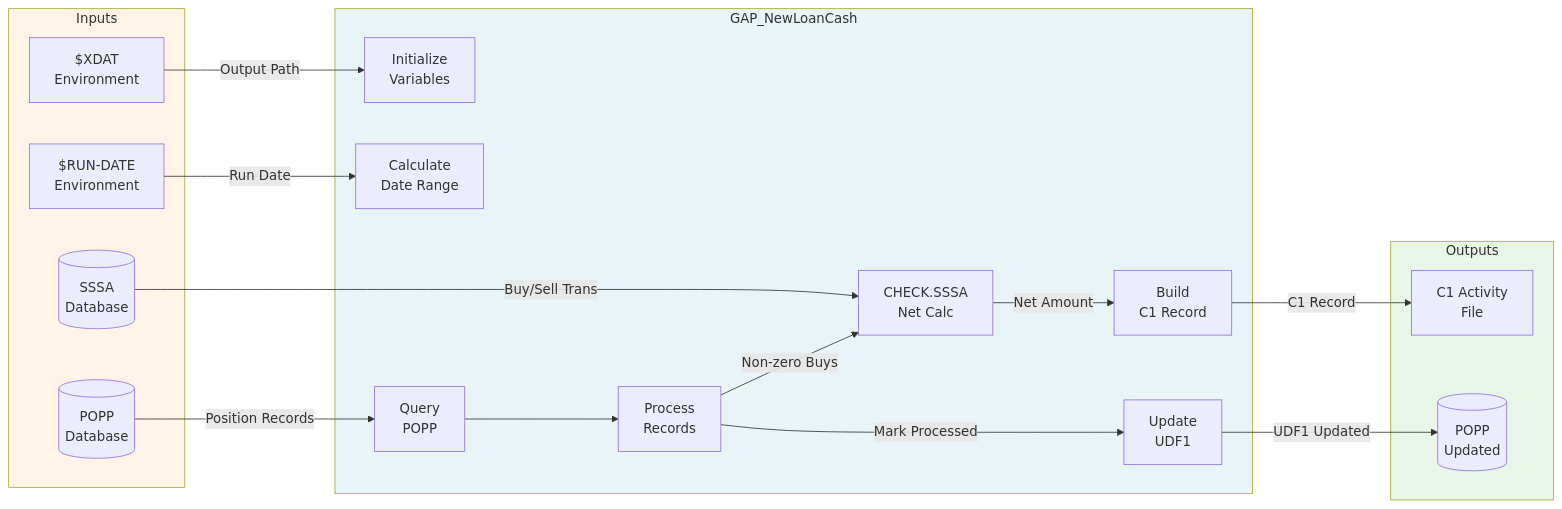
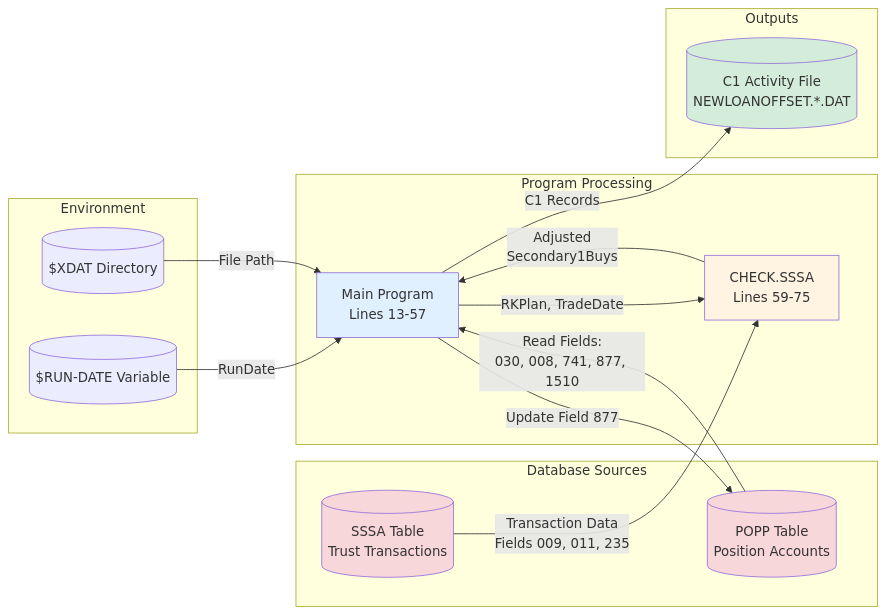
The third of 12 diagrams in omniscript-documentation/santized/GAP_NewLoanCash/GAP_NewLoanCash_DIAGRAMS.md (danismith-slalom1/bokf-poc), drawn with Mermaid before and after one commit. The commit also changed other lines of this file and 12 other files, not shown here.

````diff
--- a/omniscript-documentation/santized/GAP_NewLoanCash/GAP_NewLoanCash_DIAGRAMS.md
+++ b/omniscript-documentation/santized/GAP_NewLoanCash/GAP_NewLoanCash_DIAGRAMS.md
@@ -5,39 +80,38 @@
 ```mermaid
 flowchart LR
-    subgraph Inputs
-        ENV1[$RUN-DATE<br/>Environment]
-        ENV2[$XDAT<br/>Environment]
-        POPP[(POPP<br/>Database)]
-        SSSA[(SSSA<br/>Database)]
+    subgraph Environment
+        XDAT[($XDAT Directory)]
+        RUNDATE[($RUN-DATE Variable)]
     end
     
-    subgraph Program["GAP_NewLoanCash"]
-        Init[Initialize<br/>Variables]
-        DateCalc[Calculate<br/>Date Range]
-        Query[Query<br/>POPP]
-        Process[Process<br/>Records]
-        CheckSSA[CHECK.SSSA<br/>Net Calc]
-        BuildC1[Build<br/>C1 Record]
-        Update[Update<br/>UDF1]
+    subgraph "Database Sources"
+        POPP[(POPP Table<br/>Position Accounts)]
+        SSSA[(SSSA Table<br/>Trust Transactions)]
+    end
+    
+    subgraph "Program Processing"
+        Main[Main Program<br/>Lines 13-57]
+        CheckSSA[CHECK.SSSA<br/>Lines 59-75]
     end
     
     subgraph Outputs
-        C1File[C1 Activity<br/>File]
-        POPPOut[(POPP<br/>Updated)]
+        C1File[(C1 Activity File<br/>NEWLOANOFFSET.*.DAT)]
     end
     
-    ENV1 -->|Run Date| DateCalc
-    ENV2 -->|Output Path| Init
-    POPP -->|Position Records| Query
-    Query --> Process
-    SSSA -->|Buy/Sell Trans| CheckSSA
-    Process -->|Non-zero Buys| CheckSSA
-    CheckSSA -->|Net Amount| BuildC1
-    BuildC1 -->|C1 Record| C1File
-    Process -->|Mark Processed| Update
-    Update -->|UDF1 Updated| POPPOut
+    RUNDATE -->|RunDate| Main
+    XDAT -->|File Path| Main
+    POPP -->|Read Fields:<br/>030, 008, 741, 877, 1510| Main
     
-    style Program fill:#E8F4F8
-    style Inputs fill:#FFF4E6
-    style Outputs fill:#E8F5E9
+    Main -->|RKPlan, TradeDate| CheckSSA
+    SSSA -->|Transaction Data<br/>Fields 009, 011, 235| CheckSSA
+    CheckSSA -->|Adjusted<br/>Secondary1Buys| Main
+    
+    Main -->|C1 Records| C1File
+    Main -->|Update Field 877| POPP
+    
+    style Main fill:#e1f0ff
+    style CheckSSA fill:#fff4e1
+    style C1File fill:#d4edda
+    style POPP fill:#f8d7da
+    style SSSA fill:#f8d7da
 ```
````
